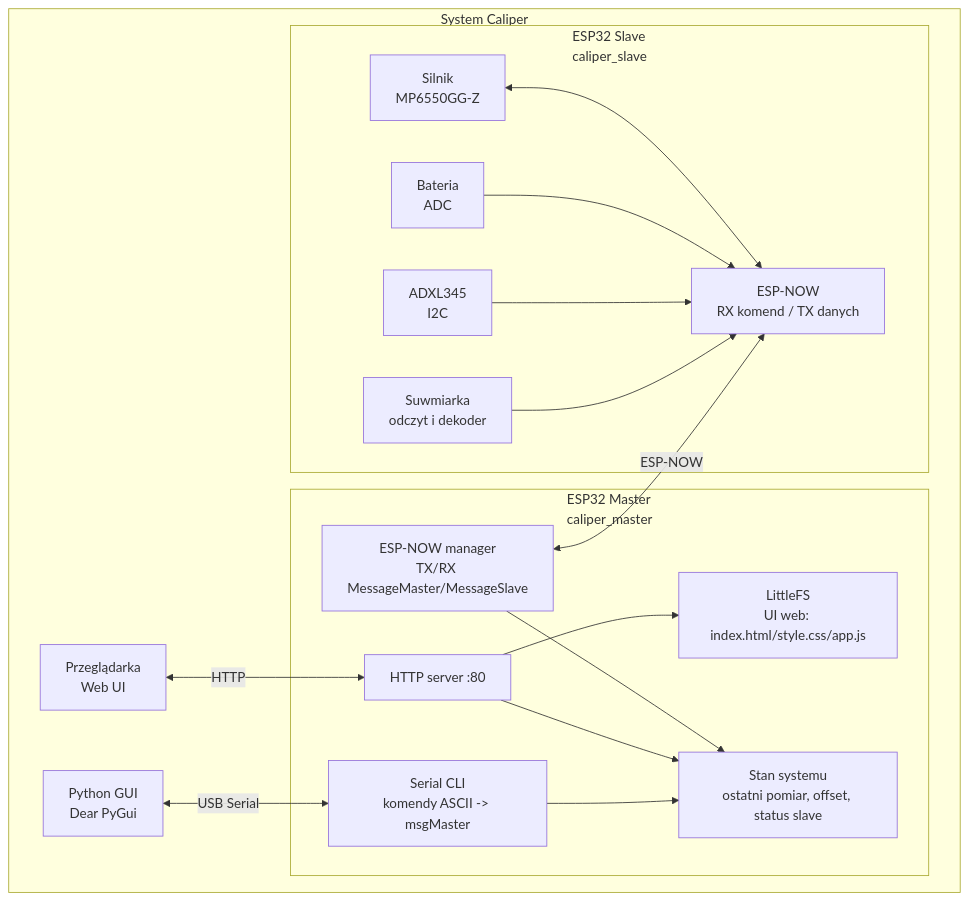
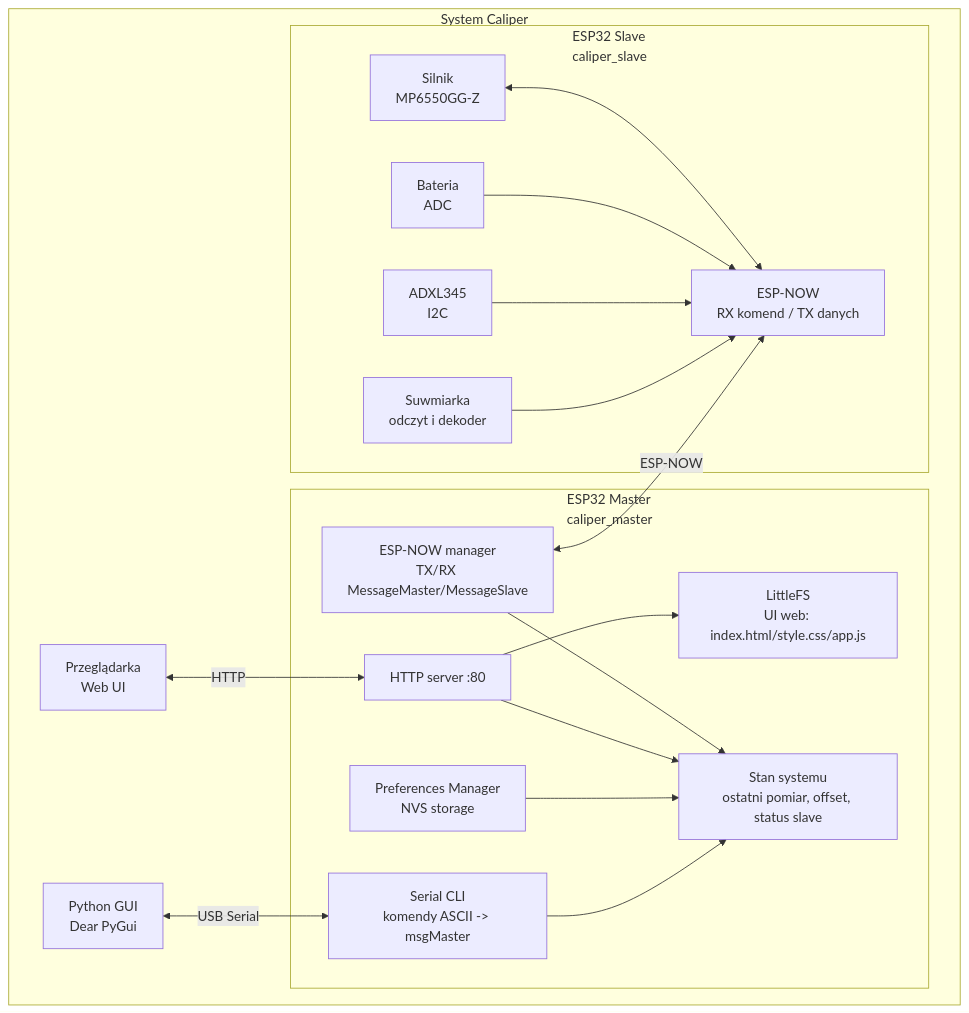
One commit to ciupakt/caliper changed the first of 3 diagrams in README.md. Above: the diagram before and after it, drawn with Mermaid. The commit also changed other lines of this file and 9 other files, not shown here.

````diff
--- a/README.md
+++ b/README.md
@@ -22,39 +60,41 @@
 ```mermaid
 flowchart TD
     %% Master pracuje równolegle: WiFi AP/HTTP + ESP-NOW, najczęściej WIFI_AP_STA.
 
     subgraph SYS[System Caliper]
         subgraph M[ESP32 Master<br/>caliper_master]
             M_HTTP[HTTP server :80]
             M_FS[LittleFS<br/>UI web: index.html/style.css/app.js]
             M_ESPNOW[ESP-NOW manager<br/>TX/RX MessageMaster/MessageSlave]
             M_SERIAL[Serial CLI<br/>komendy ASCII -> msgMaster]
+            M_PREFS[Preferences Manager<br/>NVS storage]
             M_STATE[Stan systemu<br/>ostatni pomiar, offset, status slave]
         end
 
         subgraph S[ESP32 Slave<br/>caliper_slave]
             S_ESPNOW[ESP-NOW<br/>RX komend / TX danych]
             S_CAL[Suwmiarka<br/>odczyt i dekoder]
             S_ACC[ADXL345<br/>I2C]
             S_BATT[Bateria<br/>ADC]
             S_MOTOR[Silnik<br/>MP6550GG-Z]
         end
 
         WEB[Przeglądarka<br/>Web UI]
         GUI[Python GUI<br/>Dear PyGui]
     end
 
     WEB <--> |HTTP| M_HTTP
     M_HTTP --> M_FS
     GUI <--> |USB Serial| M_SERIAL
 
     M_ESPNOW <--> |ESP-NOW| S_ESPNOW
     S_CAL --> S_ESPNOW
     S_ACC --> S_ESPNOW
     S_BATT --> S_ESPNOW
     S_MOTOR <--> S_ESPNOW
 
     M_SERIAL --> M_STATE
+    M_PREFS --> M_STATE
     M_HTTP --> M_STATE
     M_ESPNOW --> M_STATE
 ```
````
